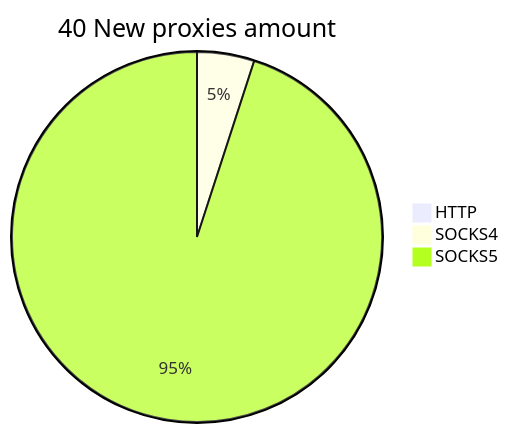
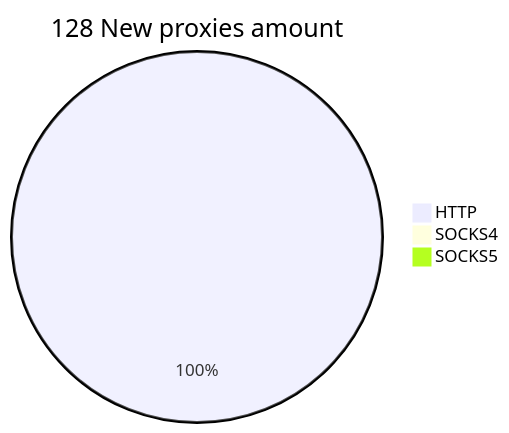
The second of 2 diagrams in README.md (cutipu/proxylist), drawn with Mermaid before and after one commit. The commit also changed other lines of this file, not shown here.

````diff
--- a/README.md
+++ b/README.md
@@ -10,6 +10,6 @@
 ```mermaid
-pie title 40 New proxies amount
-    "HTTP" : 0
-    "SOCKS4" : 2
-    "SOCKS5" : 38
+pie title 128 New proxies amount
+    "HTTP" : 129
+    "SOCKS4" : 0
+    "SOCKS5" : 0
 ```
````
